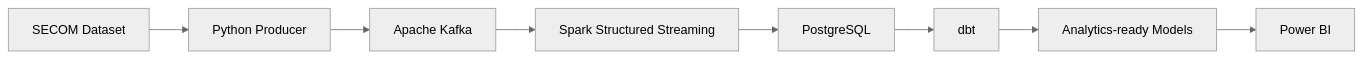
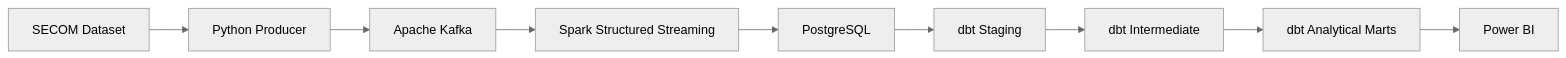
Before and after one commit to fbrj33/industrial-quality-pipeline: the diagram in README.md, drawn with Mermaid (neutral theme). The commit also changed other lines of this file and 14 other files, not shown here.

Commit message:
Complete streaming pipeline and dbt analytical models

````diff
--- a/README.md
+++ b/README.md
@@ -25,10 +9,11 @@
 ```mermaid
 flowchart LR
     A["SECOM Dataset"] --> B["Python Producer"]
     B --> C["Apache Kafka"]
     C --> D["Spark Structured Streaming"]
     D --> E["PostgreSQL"]
-    E --> F["dbt"]
-    F --> G["Analytics-ready Models"]
-    G --> H["Power BI"]
+    E --> F["dbt Staging"]
+    F --> G["dbt Intermediate"]
+    G --> H["dbt Analytical Marts"]
+    H --> I["Power BI"]
 ```
````
